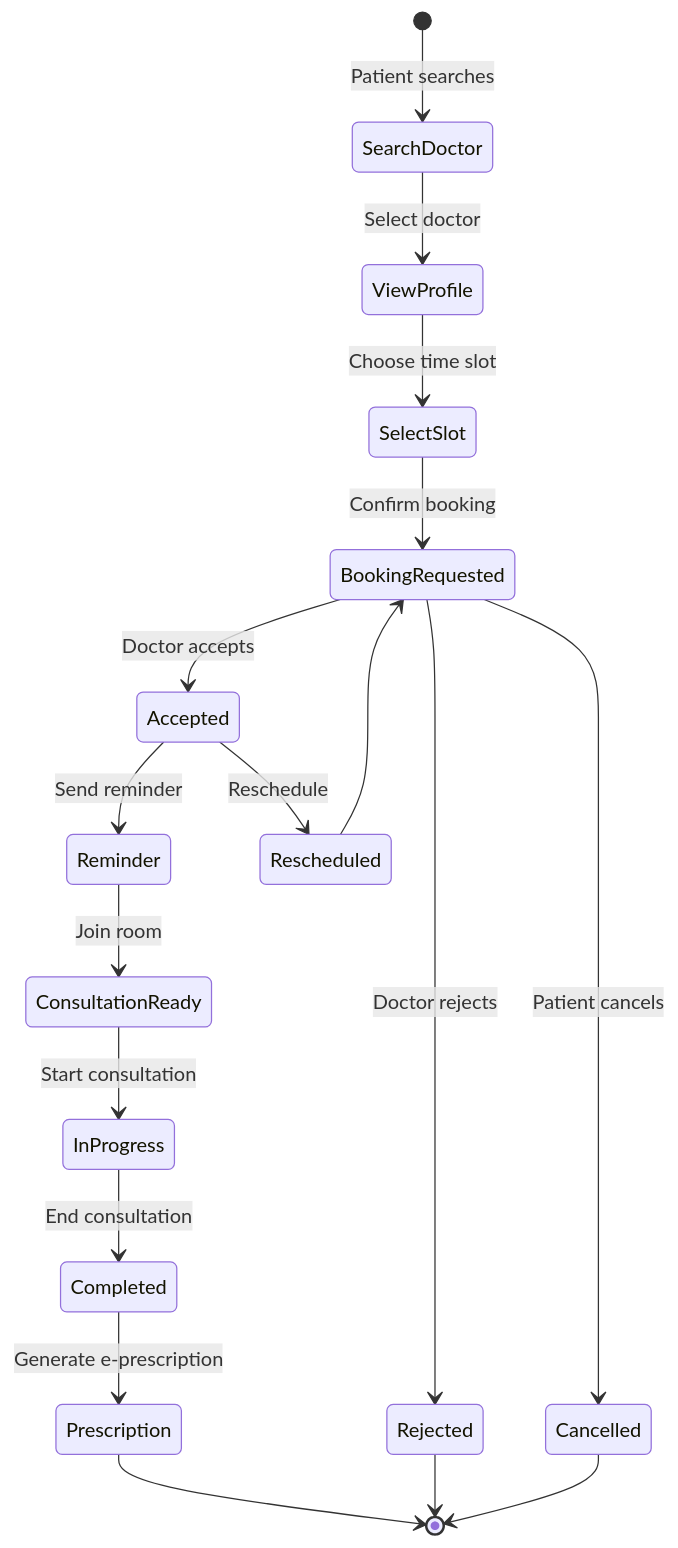
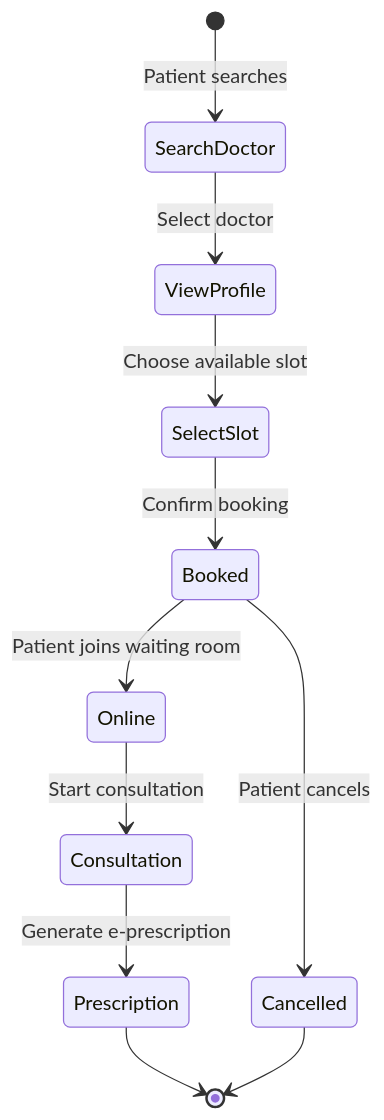
Before and after one commit to shivamgoyalCD/SwasthyaSetu: the third of 6 diagrams in README.md, drawn with Mermaid. The commit also changed other lines of this file, not shown here.

````diff
--- a/README.md
+++ b/README.md
@@ -186,25 +198,15 @@
 ```mermaid
 stateDiagram-v2
     [*] --> SearchDoctor: Patient searches
     SearchDoctor --> ViewProfile: Select doctor
-    ViewProfile --> SelectSlot: Choose time slot
-    SelectSlot --> BookingRequested: Confirm booking
+    ViewProfile --> SelectSlot: Choose available slot
+    SelectSlot --> Booked: Confirm booking
 
-    BookingRequested --> Accepted: Doctor accepts
-    BookingRequested --> Rejected: Doctor rejects
-
-    Accepted --> Reminder: Send reminder
-    Reminder --> ConsultationReady: Join room
-    ConsultationReady --> InProgress: Start consultation
-    InProgress --> Completed: End consultation
-    Completed --> Prescription: Generate e-prescription
+    Booked --> Online: Patient joins waiting room
+    Online --> Consultation: Start consultation
+    Consultation --> Prescription: Generate e-prescription
     Prescription --> [*]
 
-    Rejected --> [*]
-
-    BookingRequested --> Cancelled: Patient cancels
+    Booked --> Cancelled: Patient cancels
     Cancelled --> [*]
-
-    Accepted --> Rescheduled: Reschedule
-    Rescheduled --> BookingRequested
 ```
````
